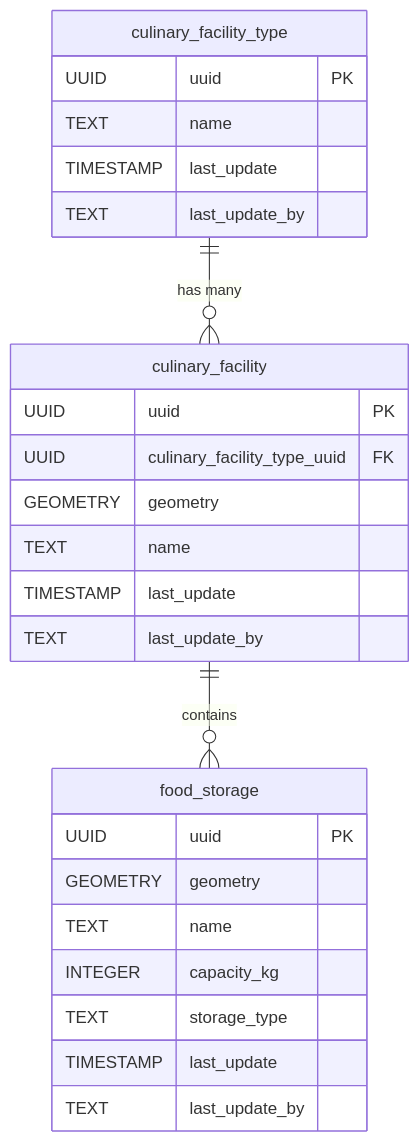
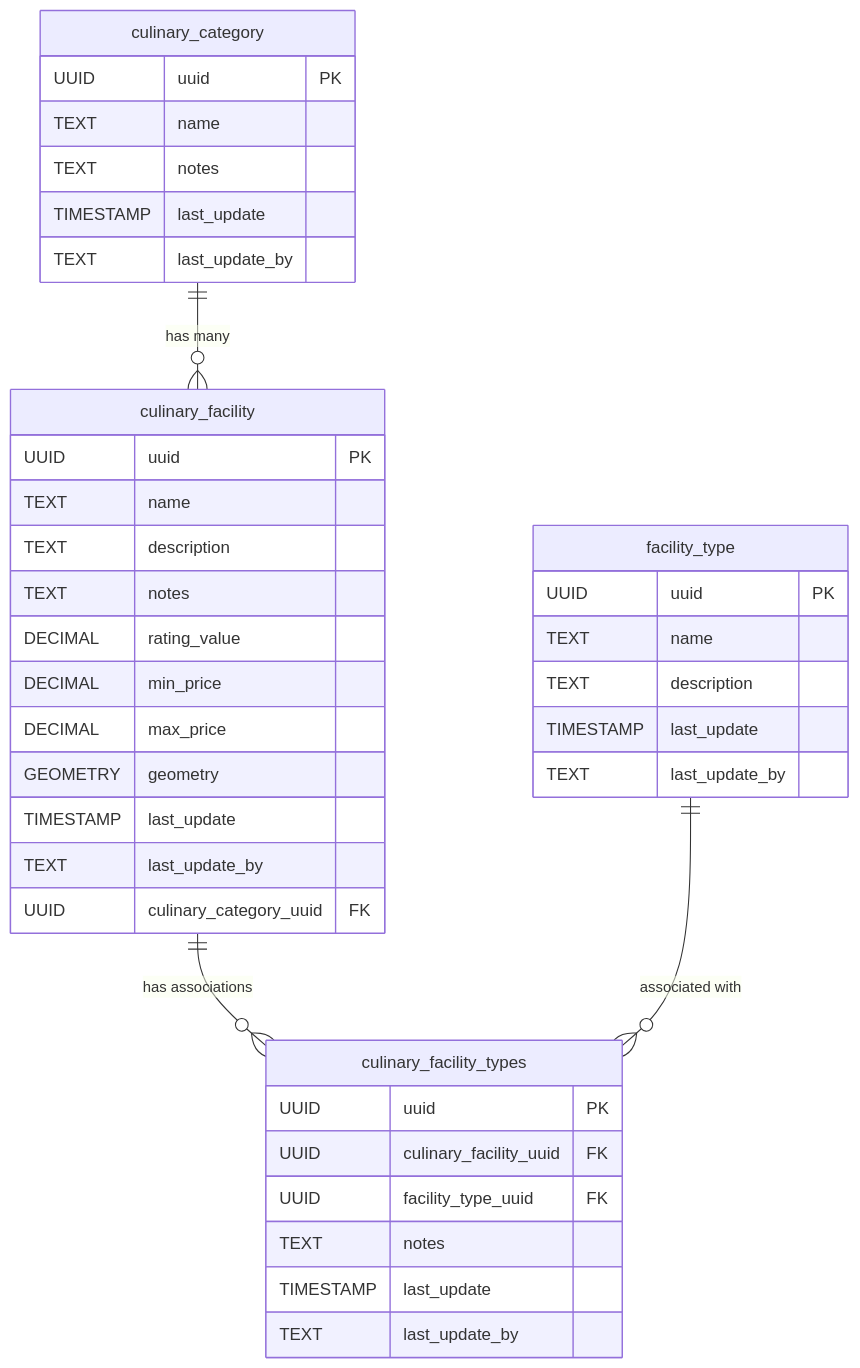
One commit to kartoza/InfrastructureMapper changed the diagram in sql/12-culinary.md. Above: the diagram before and after it, drawn with Mermaid. The commit also changed other lines of this file, not shown here.

Commit message:
add mermaid diagram

````diff
--- a/sql/12-culinary.md
+++ b/sql/12-culinary.md
@@ -13,29 +18,45 @@
 ```mermaid
 erDiagram
-  culinary_facility_type {
+  culinary_category {
     UUID uuid PK
     TEXT name
-    TIMESTAMP last_update
-    TEXT last_update_by
-  }
-  culinary_facility {
-    UUID uuid PK
-    UUID culinary_facility_type_uuid FK
-    GEOMETRY geometry
-    TEXT name
-    TIMESTAMP last_update
-    TEXT last_update_by
-  }
-  food_storage {
-    UUID uuid PK
-    GEOMETRY geometry
-    TEXT name
-    INTEGER capacity_kg
-    TEXT storage_type
+    TEXT notes
     TIMESTAMP last_update
     TEXT last_update_by
   }
 
-  culinary_facility_type ||--o{ culinary_facility : "has many"
-  culinary_facility ||--o{ food_storage : "contains"
+  culinary_facility {
+    UUID uuid PK
+    TEXT name
+    TEXT description
+    TEXT notes
+    DECIMAL rating_value
+    DECIMAL min_price
+    DECIMAL max_price
+    GEOMETRY geometry
+    TIMESTAMP last_update
+    TEXT last_update_by
+    UUID culinary_category_uuid FK
+  }
+
+  facility_type {
+    UUID uuid PK
+    TEXT name
+    TEXT description
+    TIMESTAMP last_update
+    TEXT last_update_by
+  }
+
+  culinary_facility_types {
+    UUID uuid PK
+    UUID culinary_facility_uuid FK
+    UUID facility_type_uuid FK
+    TEXT notes
+    TIMESTAMP last_update
+    TEXT last_update_by
+  }
+
+  culinary_category ||--o{ culinary_facility : "has many"
+  culinary_facility ||--o{ culinary_facility_types : "has associations"
+  facility_type ||--o{ culinary_facility_types : "associated with"
 ```
````
